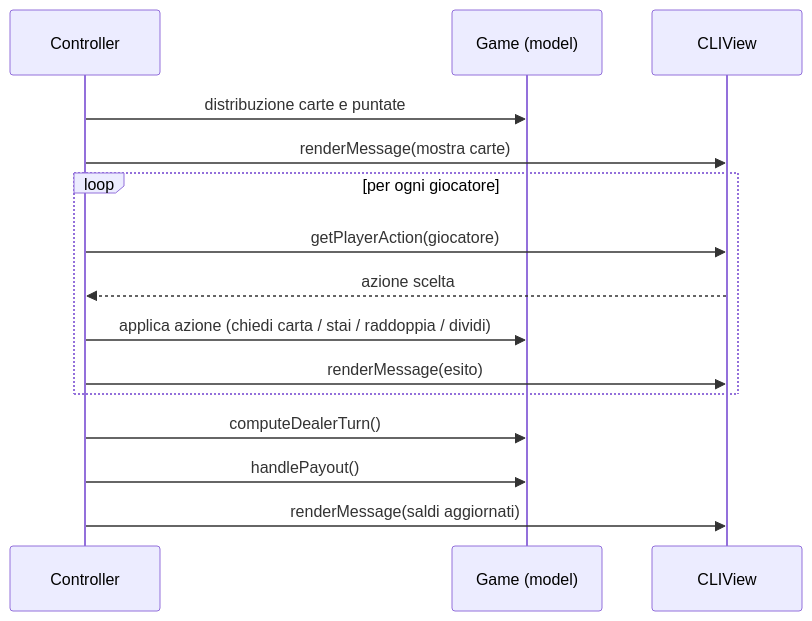
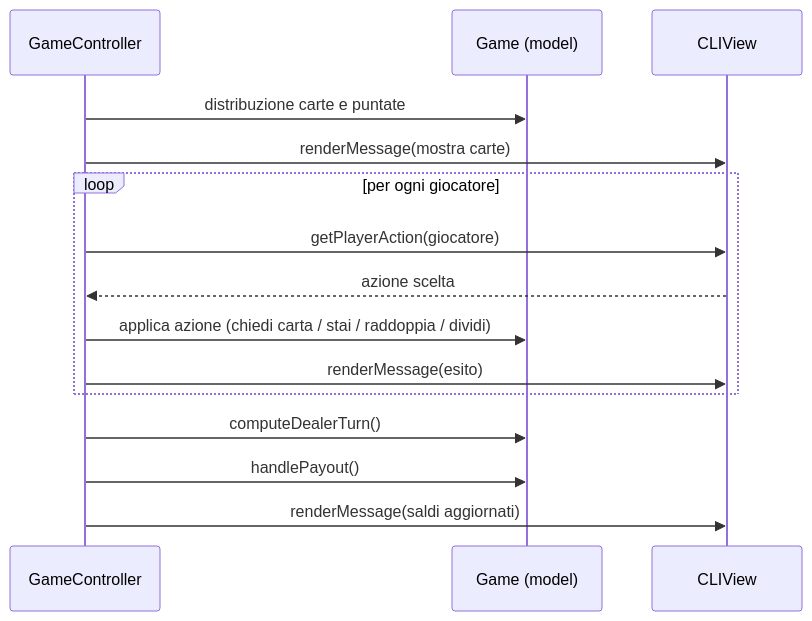
Before and after one commit to NicoForlivesi/PPS-26-scalajack: the second of 2 diagrams in docs/report/design_architetturale.md, drawn with Mermaid. The commit also changed other lines of this file and 4 other files, not shown here.

Commit message:
Corrected the diagram in 'design_architetturale

````diff
--- a/docs/report/design_architetturale.md
+++ b/docs/report/design_architetturale.md
@@ -89,17 +89,17 @@
 ```mermaid
 sequenceDiagram
-    participant C as Controller
+    participant C as GameController
     participant M as Game (model)
     participant V as CLIView
     C->>M: distribuzione carte e puntate
     C->>V: renderMessage(mostra carte)
     loop per ogni giocatore
         C->>V: getPlayerAction(giocatore)
         V-->>C: azione scelta
         C->>M: applica azione (chiedi carta / stai / raddoppia / dividi)
         C->>V: renderMessage(esito)
     end
     C->>M: computeDealerTurn()
     C->>M: handlePayout()
     C->>V: renderMessage(saldi aggiornati)
 ```
````
